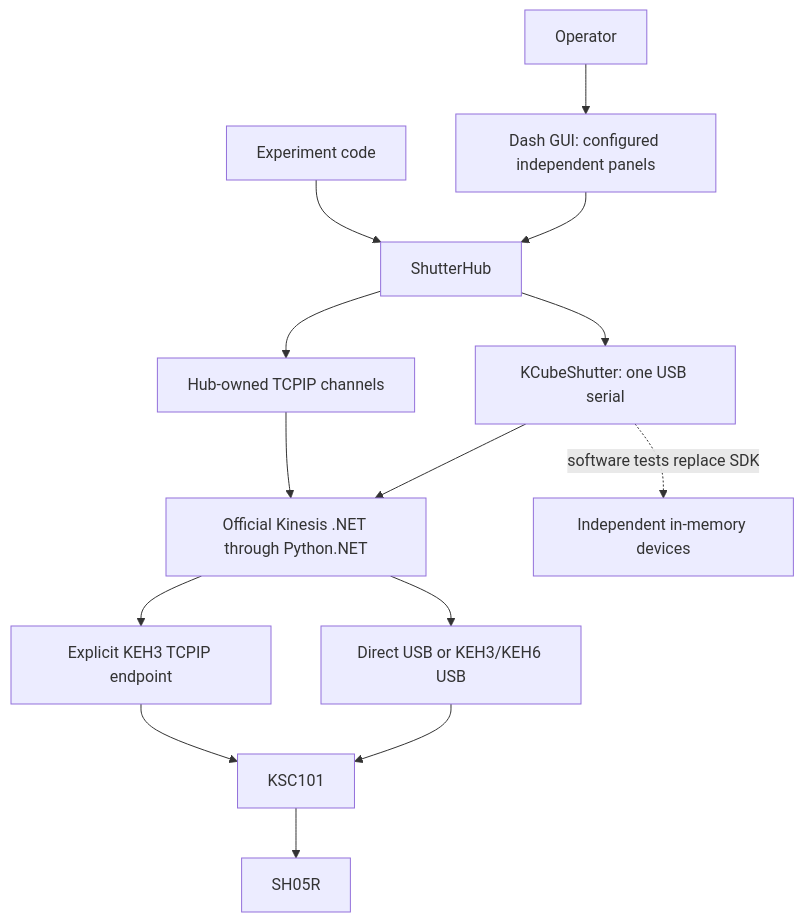
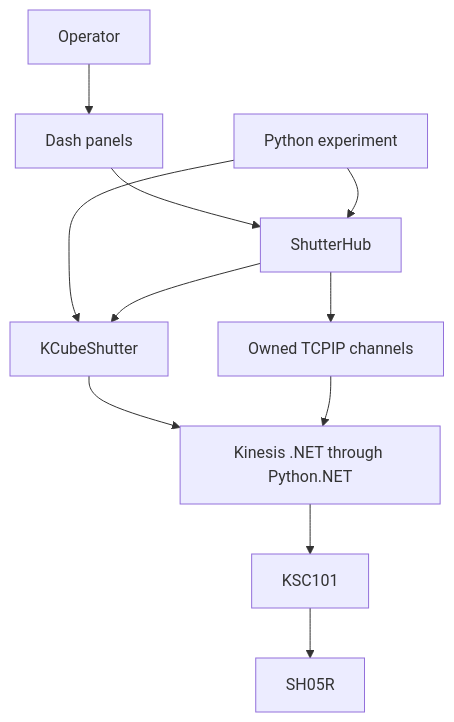
The diagram in docs/architecture.md (cct1123/thorlabs-shutter-control), drawn with Mermaid before and after one commit. The commit also changed other lines of this file and 83 other files, not shown here.

Commit message:
Establish the current USB/LAN baseline and prune legacy deliverables

````diff
--- a/docs/architecture.md
+++ b/docs/architecture.md
@@ -5,16 +5,13 @@
 ```mermaid
 flowchart TD
-    User[Operator] --> GUI[Dash GUI: configured independent panels]
-    Experiment[Experiment code] --> Hub[ShutterHub]
-    GUI --> Hub
-    Hub --> Driver[KCubeShutter: one USB serial]
-    Hub --> Network[Hub-owned TCPIP channels]
-    Network --> SDK
-    Driver --> SDK[Official Kinesis .NET through Python.NET]
-    SDK --> LAN[Explicit KEH3 TCPIP endpoint]
-    LAN --> Cube
-    SDK --> USB[Direct USB or KEH3/KEH6 USB]
-    USB --> Cube[KSC101]
+    Operator --> GUI[Dash panels]
+    GUI --> Hub[ShutterHub]
+    Experiment[Python experiment] --> Hub
+    Experiment --> USB[KCubeShutter]
+    Hub --> USB
+    Hub --> LAN[Owned TCPIP channels]
+    USB --> SDK[Kinesis .NET through Python.NET]
+    LAN --> SDK
+    SDK --> Cube[KSC101]
     Cube --> Shutter[SH05R]
-    Driver -. software tests replace SDK .-> Fake[Independent in-memory devices]
 ```
````
